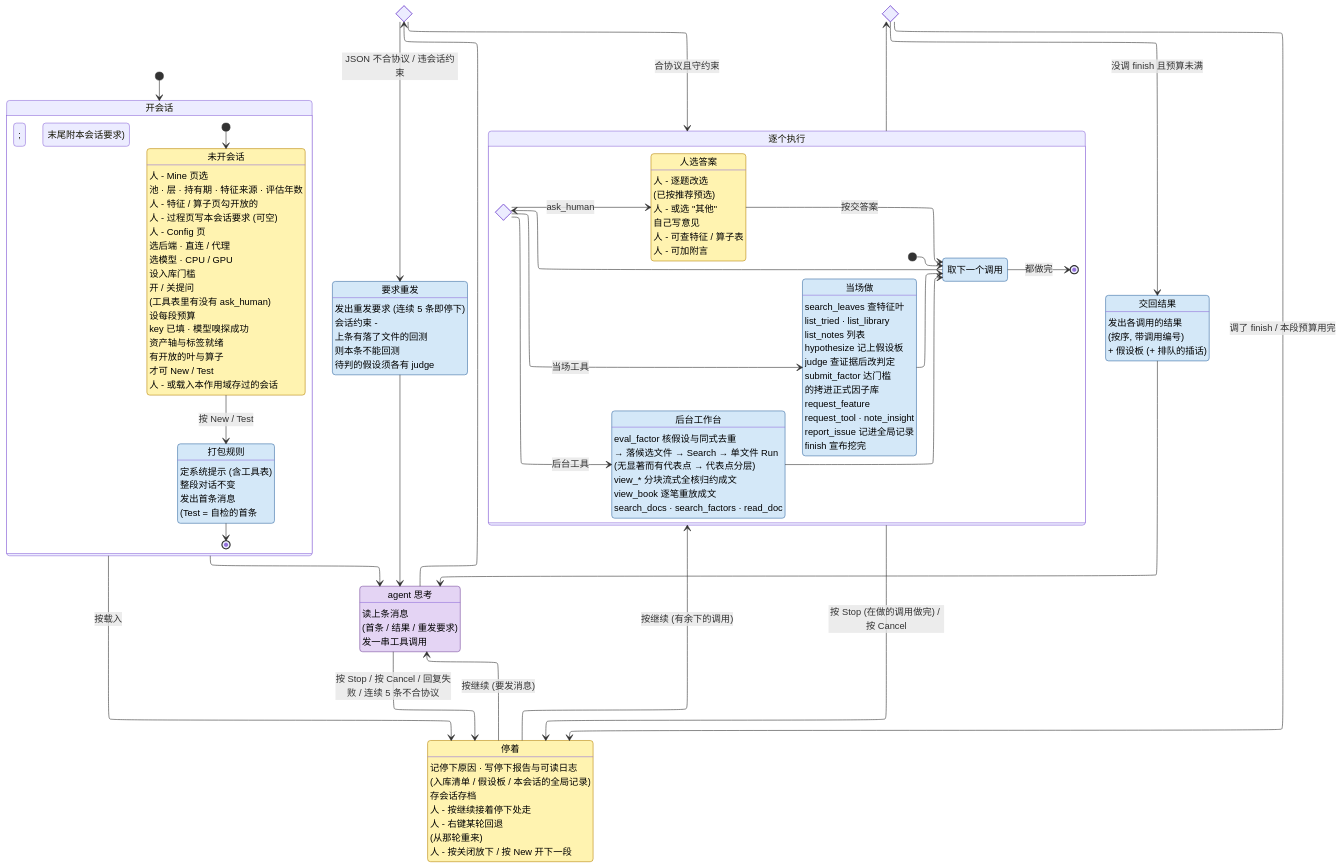
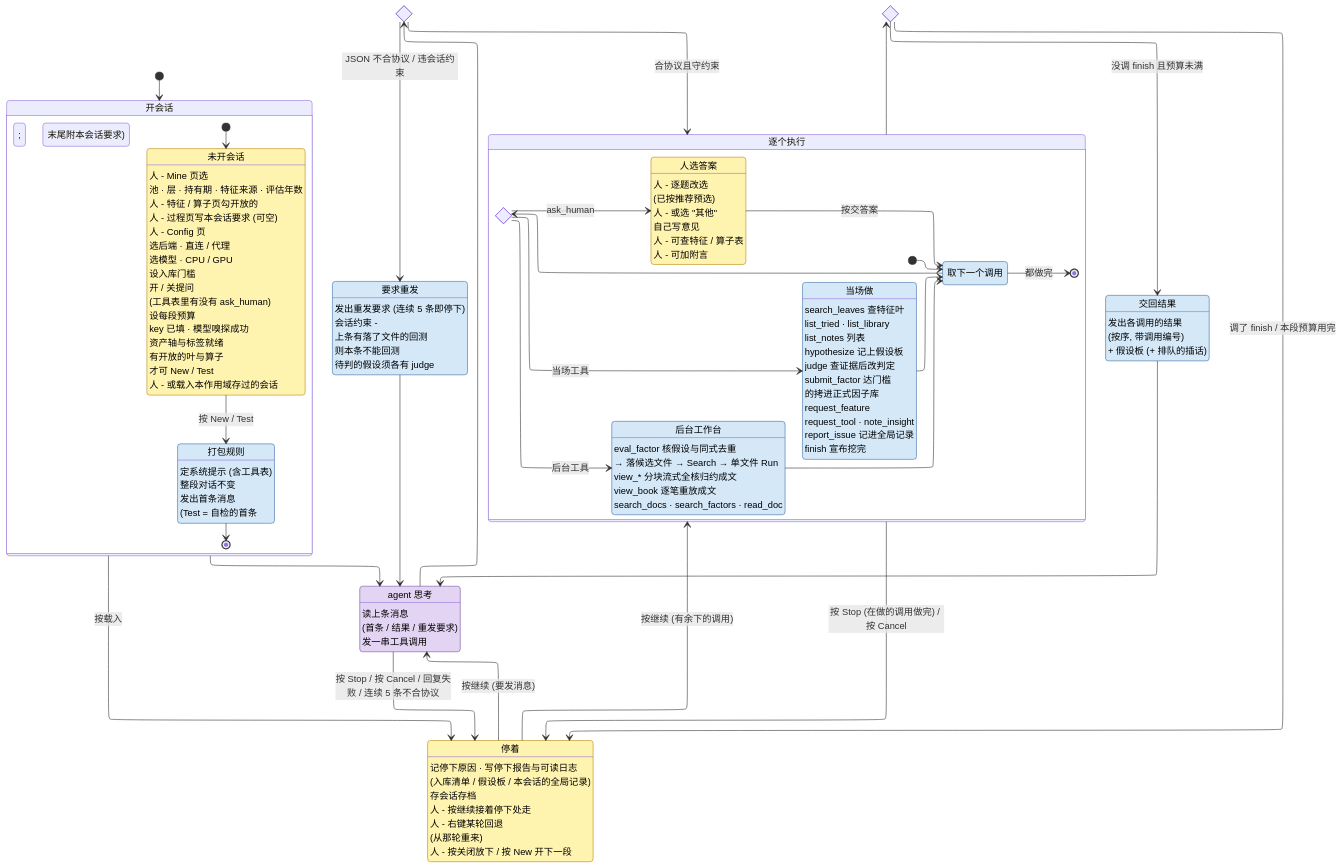
Before and after one commit to CoCoMilkyWay/stk: the diagram in AGENT.md, drawn with Mermaid. The commit also changed other lines of this file and 49 other files, not shown here.

```diff
--- a/AGENT.md
+++ b/AGENT.md
@@ -105,7 +106,6 @@
         state "后台工作台" as Lab
         Lab : eval_factor 核假设与同式去重
         Lab : → 落候选文件 → Search → 单文件 Run
-        Lab : (无显著而有代表点 → 代表点分层)
         Lab : view_* 分块流式全核归约成文
         Lab : view_book 逐笔重放成文
         Lab : search_docs · search_factors · read_doc
```
